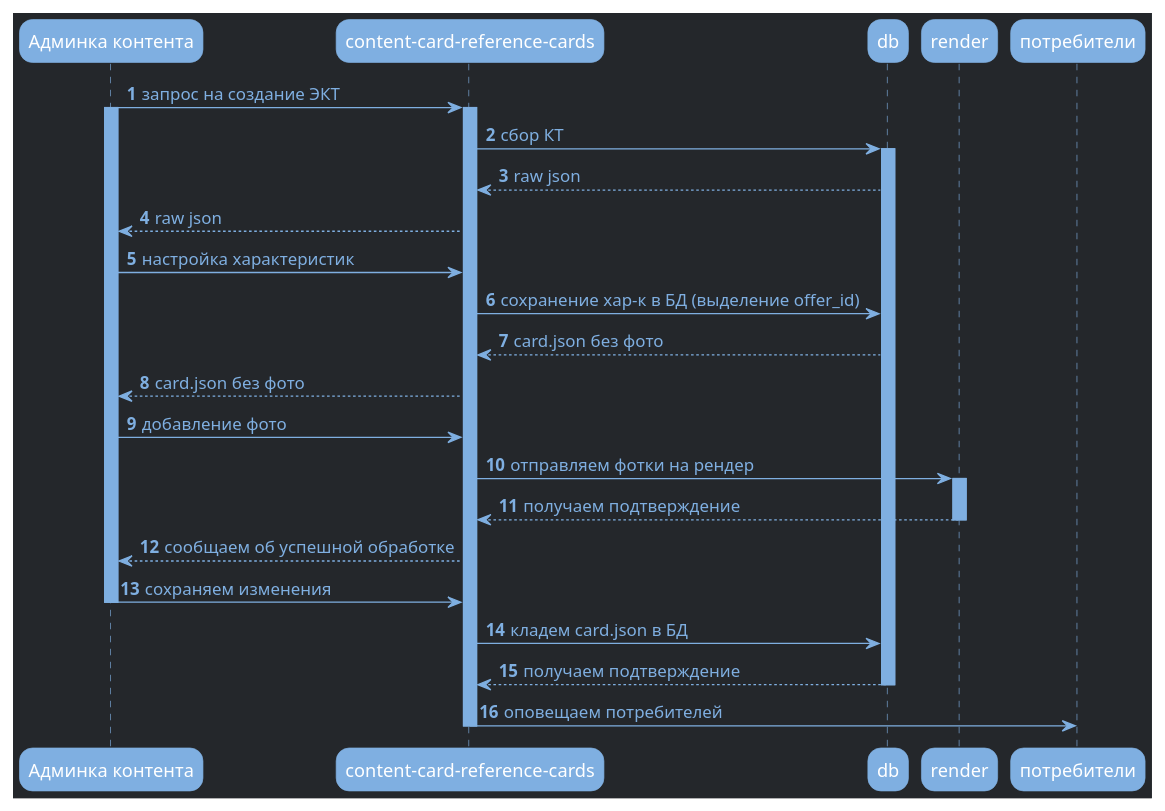
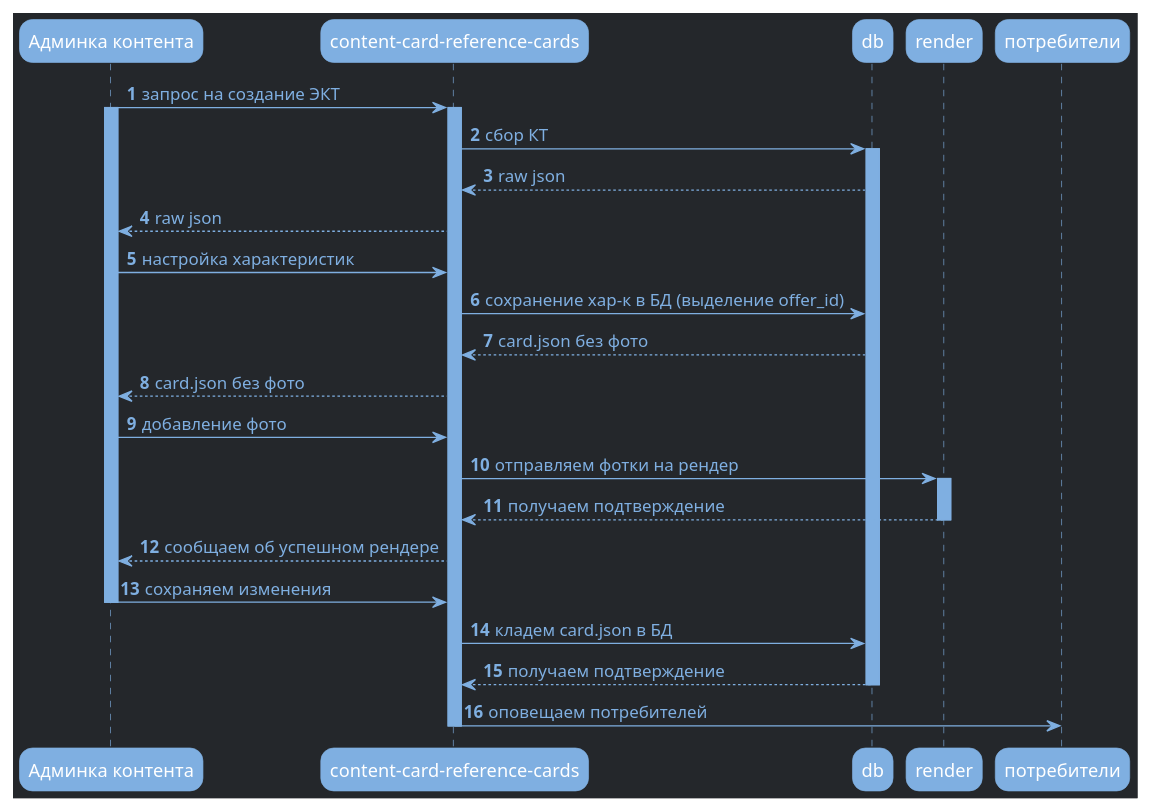
The diagram in createEKT.puml (edfromomsk/mkt), drawn with PlantUML before and after one commit.

```diff
--- a/createEKT.puml
+++ b/createEKT.puml
@@ -1,48 +1,48 @@
 @startuml
 skinparam DefaultFontColor #7fafe1
 skinparam BackgroundColor #24272b
 skinparam roundcorner 20
 
 skinparam sequence {
     ArrowColor #7fafe1
     LifeLineBorderColor #7fafe1 
     LifeLineBackgroundColor #7fafe1
     ParticipantBorderColor #7fafe1 
     ParticipantBackgroundColor #7fafe1 
     ParticipantFontColor white
 
     ActorBorderColor #7fafe1 
     ActorBackgroundColor #7fafe1
 }
 autonumber
 
 participant "Админка контента" as admin
 participant "content-card-reference-cards" as ccrc
 
 admin -> ccrc: запрос на создание ЭКТ
 activate admin
 activate ccrc
 ccrc -> db: сбор КТ
 activate db
 db --> ccrc: raw json
 
 ccrc --> admin: raw json
 admin -> ccrc: настройка характеристик
 ccrc -> db: сохранение хар-к в БД (выделение offer_id)
 db --> ccrc: card.json без фото
 ccrc --> admin: card.json без фото
 admin -> ccrc: добавление фото
 ccrc -> render: отправляем фотки на рендер
 activate render
 render --> ccrc: получаем подтверждение
 deactivate render
-ccrc --> admin: сообщаем об успешной обработке
+ccrc --> admin: сообщаем об успешном рендере
 admin -> ccrc: сохраняем изменения
 deactivate admin
 ccrc -> db: кладем card.json в БД
 db --> ccrc: получаем подтверждение
 deactivate db
 ccrc -> потребители: оповещаем потребителей
 deactivate ccrc
 
 @enduml
```
